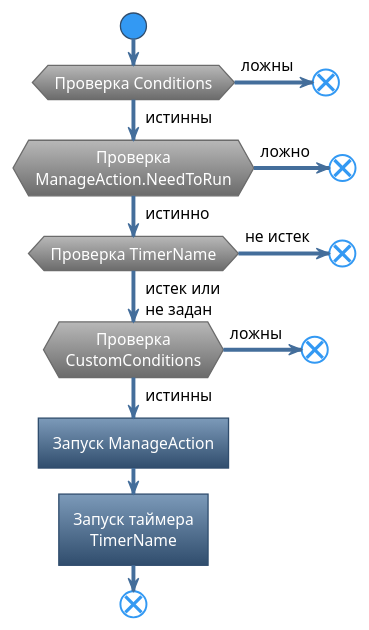
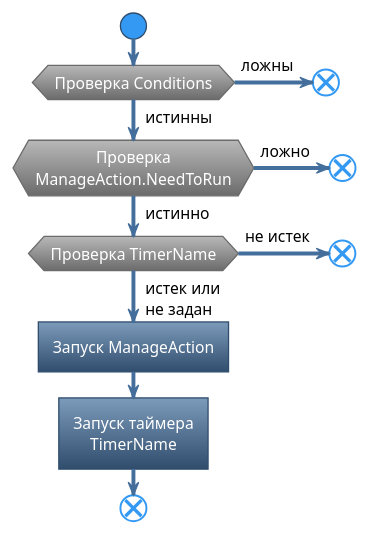
The diagram in Ucc/Actions/diagrams/SpecializedUCCAction-RU.puml (qpAHTA3EP/EntityToolsDocs), drawn with PlantUML before and after one commit. The commit also changed 11 other files, not shown here.

```diff
--- a/Ucc/Actions/diagrams/SpecializedUCCAction-RU.puml
+++ b/Ucc/Actions/diagrams/SpecializedUCCAction-RU.puml
@@ -1,26 +1,26 @@
 @startuml "SpecializedUCCAction-RU"
 !theme spacelab
 skinparam DefaultTextAlignment center
 
 start
 if (Проверка Conditions) then (<color:black>истинны)
     if(Проверка\nManageAction.NeedToRun) then (<color:black>истинно)
         if(Проверка TimerName) then (<color:black>истек или\n<color:black>не задан)
-            if(Проверка\nCustomConditions) then (<color:black>истинны)
+            ' if(Проверка\nCustomConditions) then (<color:black>истинны)
                 :Запуск ManageAction]
                 :Запуск таймера\nTimerName]
                 end
-            else  (<color:black>ложны)
-                end
-            endif
+            ' else  (<color:black>ложны)
+            '     end
+            ' endif
         else  (<color:black>не истек)
             end
         endif
     else  (<color:black>ложно)
         end
     endif
 else (<color:black>ложны)
     end
 endif
 
 @enduml
```
